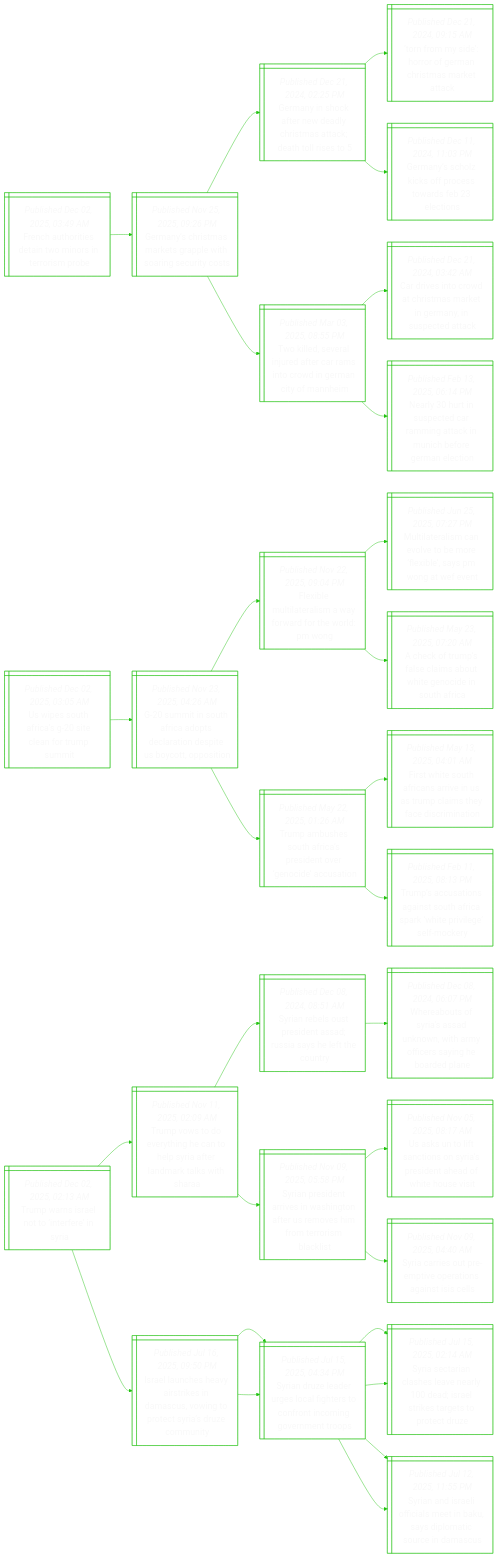
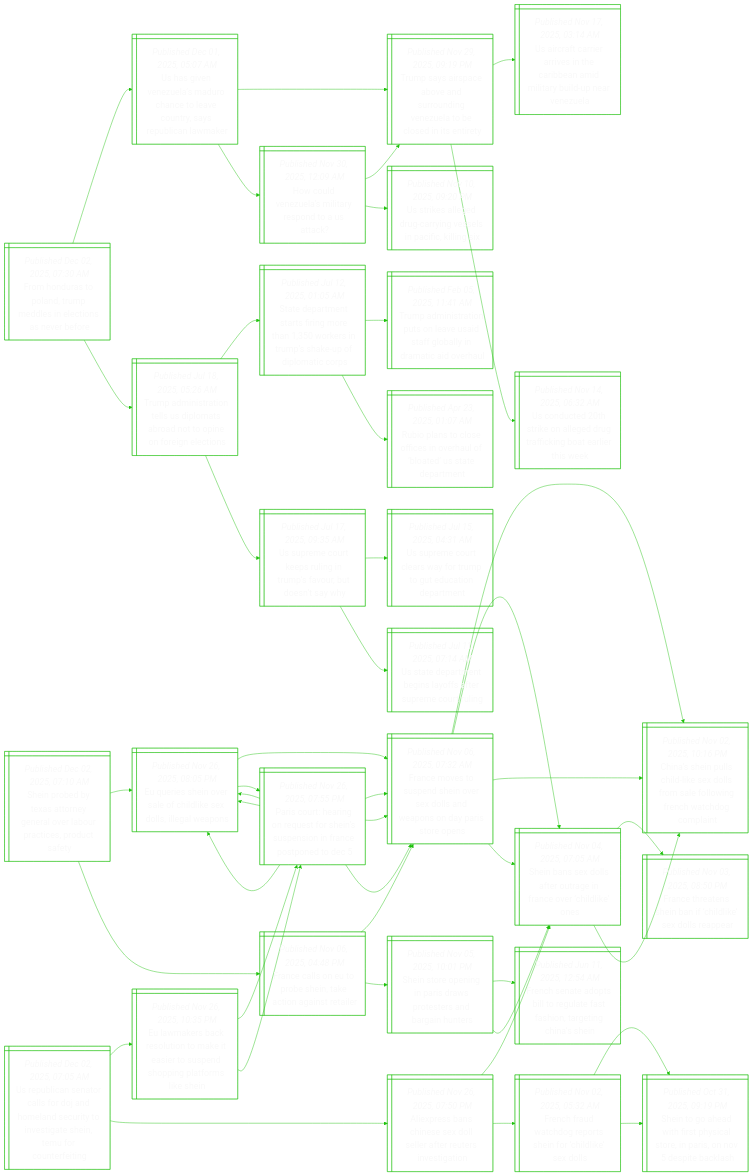
One commit to notJmes/notJmes changed the diagram in README.md. Above: the diagram before and after it, drawn with Mermaid. The commit also changed other lines of this file, not shown here.

````diff
--- a/README.md
+++ b/README.md
@@ -16,97 +16,142 @@
 flowchart LR
 classDef txtsize font-size:20px;
 
-Fhoeaoreio@{ shape: win-pane, label: "_Published Dec 02, 2025, 03:49 AM_
-French authorities detain two minors in terrorism probe" }
-Gnrakresnuc@{ shape: win-pane, label: "_Published Nov 25, 2025, 09:26 PM_
-Germany’s christmas markets grapple with soaring security costs" }
-Gnhfedraaale@{ shape: win-pane, label: "_Published Dec 21, 2024, 02:25 PM_
-Germany in shock after new deadly christmas attack; death toll rises to 5" }
-Trsoomrakt@{ shape: win-pane, label: "_Published Dec 21, 2024, 09:15 AM_
-‘torn from my side’: horror of german christmas market attack" }
-Gnhifcoslo@{ shape: win-pane, label: "_Published Dec 11, 2024, 11:03 PM_
-Germany’s scholz kicks off process towards feb 23 elections" }
-Tlelrtrirnaynm@{ shape: win-pane, label: "_Published Mar 03, 2025, 08:55 PM_
-Two killed, several injured after car rams into crowd in german city of mannheim" }
-CinoCtaimneak@{ shape: win-pane, label: "_Published Dec 21, 2024, 03:42 AM_
-Car drives into crowd at christmas market in germany, in suspected attack" }
-Nyipdagcubeac@{ shape: win-pane, label: "_Published Feb 13, 2025, 06:14 PM_
-Nearly 30 hurt in suspected car ramming attack in munich before german election" }
+FoaoTmelonbe@{ shape: win-pane, label: "_Published Dec 02, 2025, 07:30 AM_
+From honduras to poland, trump meddles in elections as never before" }
+UgVuMoceoyRllk@{ shape: win-pane, label: "_Published Dec 01, 2025, 05:07 AM_
+Us has given venezuela’s maduro chance to leave country, says republican lawmaker" }
+Tsicvsugztliee@{ shape: win-pane, label: "_Published Nov 29, 2025, 09:19 PM_
+Trump says airspace above and surrounding venezuela to be closed in its entirety" }
+Ucceinaeiiburz@{ shape: win-pane, label: "_Published Nov 17, 2025, 03:14 AM_
+Us aircraft carrier arrives in the caribbean amid military build-up near venezuela" }
+Uddrngufialhe@{ shape: win-pane, label: "_Published Nov 14, 2025, 06:32 AM_
+Us conducted 20th strike on alleged drug trafficking boat earlier this week" }
+Hunllyoat@{ shape: win-pane, label: "_Published Nov 30, 2025, 12:09 AM_
+How could venezuela’s military respond to a us attack?" }
+Tsicvsugztliee@{ shape: win-pane, label: "_Published Nov 29, 2025, 09:19 PM_
+Trump says airspace above and surrounding venezuela to be closed in its entirety" }
+Uildcisiiig@{ shape: win-pane, label: "_Published Nov 10, 2025, 09:20 PM_
+Us strikes alleged drug-carrying vessels in pacific, killing six" }
+TaiteSoadoerei@{ shape: win-pane, label: "_Published Jul 18, 2025, 05:26 AM_
+Trump administration tells us diplomats abroad not to opine on foreign elections" }
+SDtssnewrrsuiao@{ shape: win-pane, label: "_Published Jul 12, 2025, 01:05 AM_
+State department starts firing more than 1,350 workers in trump’s shake-up of diplomatic corps" }
+TaitulUsgldtdh@{ shape: win-pane, label: "_Published Feb 05, 2025, 11:41 AM_
+Trump administration puts on leave usaid staff globally in dramatic aid overhaul" }
+RptsinhftSDt@{ shape: win-pane, label: "_Published Apr 23, 2025, 01:07 AM_
+Rubio plans to close offices in overhaul of ‘bloated’ us state department" }
+Uroeuimvusy@{ shape: win-pane, label: "_Published Jul 17, 2025, 09:35 AM_
+Us supreme court keeps ruling in trump’s favour, but doesn’t say why" }
+UrolwrptaDt@{ shape: win-pane, label: "_Published Jul 15, 2025, 04:31 AM_
+Us supreme court clears way for trump to gut education department" }
+UtaniyaSmri@{ shape: win-pane, label: "_Published Jul 11, 2025, 07:14 AM_
+Us state department begins layoffs after supreme court ruling" }
 
-Fhoeaoreio:::txtsize --> Gnrakresnuc:::txtsize
-Gnrakresnuc:::txtsize --> Gnhfedraaale:::txtsize
-Gnhfedraaale:::txtsize --> Trsoomrakt:::txtsize
-Gnhfedraaale:::txtsize --> Gnhifcoslo:::txtsize
-Gnrakresnuc:::txtsize --> Tlelrtrirnaynm:::txtsize
-Tlelrtrirnaynm:::txtsize --> CinoCtaimneak:::txtsize
-Tlelrtrirnaynm:::txtsize --> Nyipdagcubeac:::txtsize
+FoaoTmelonbe:::txtsize --> UgVuMoceoyRllk:::txtsize
+UgVuMoceoyRllk:::txtsize --> Tsicvsugztliee:::txtsize
+Tsicvsugztliee:::txtsize --> Ucceinaeiiburz:::txtsize
+Tsicvsugztliee:::txtsize --> Uddrngufialhe:::txtsize
+UgVuMoceoyRllk:::txtsize --> Hunllyoat:::txtsize
+Hunllyoat:::txtsize --> Tsicvsugztliee:::txtsize
+Hunllyoat:::txtsize --> Uildcisiiig:::txtsize
+FoaoTmelonbe:::txtsize --> TaiteSoadoerei:::txtsize
+TaiteSoadoerei:::txtsize --> SDtssnewrrsuiao:::txtsize
+SDtssnewrrsuiao:::txtsize --> TaitulUsgldtdh:::txtsize
+SDtssnewrrsuiao:::txtsize --> RptsinhftSDt:::txtsize
+TaiteSoadoerei:::txtsize --> Uroeuimvusy:::txtsize
+Uroeuimvusy:::txtsize --> UrolwrptaDt:::txtsize
+Uroeuimvusy:::txtsize --> UtaniyaSmri:::txtsize
 
-Uetislomm@{ shape: win-pane, label: "_Published Dec 02, 2025, 03:05 AM_
-Us wipes south africa’s g-20 site clean for trump summit" }
-GiofasaopSopi@{ shape: win-pane, label: "_Published Nov 23, 2025, 04:26 AM_
-G-20 summit in south africa adopts declaration despite us boycott, opposition" }
-FbltiawowPg@{ shape: win-pane, label: "_Published Nov 22, 2025, 09:04 PM_
-Flexible multilateralism a way forward for the world: pm wong" }
-MlacoorxsMae@{ shape: win-pane, label: "_Published Jun 25, 2025, 07:27 PM_
-Multilateralism can evolve to be more ‘flexible’, says pm wong at wef event" }
-AkualawgiSAa@{ shape: win-pane, label: "_Published May 23, 2025, 07:20 AM_
-A check of trump’s false claims about white genocide in south africa" }
-Tahurpdvnesn@{ shape: win-pane, label: "_Published May 22, 2025, 01:26 AM_
-Trump ambushes south africa’s president over ‘genocide’ accusation" }
-FwSAarnTcsfimi@{ shape: win-pane, label: "_Published May 13, 2025, 04:01 AM_
-First white south africans arrive in us as trump claims they face discrimination" }
-Tssniofswplec@{ shape: win-pane, label: "_Published Feb 11, 2025, 08:13 PM_
-Trump’s accusations against south africa spark ‘white privilege’ self-mockery" }
+Spdxtyreoaeda@{ shape: win-pane, label: "_Published Dec 02, 2025, 07:10 AM_
+Shein probed by texas attorney general over labour practices, product safety" }
+Erhvlhixsga@{ shape: win-pane, label: "_Published Nov 26, 2025, 08:05 PM_
+Eu queries shein over sale of childlike sex dolls, illegal weapons" }
+FessSoelwnairn@{ shape: win-pane, label: "_Published Nov 06, 2025, 07:32 AM_
+France moves to suspend shein over sex dolls and weapons on day paris store opens" }
+CsnsdsloeoFhhoi@{ shape: win-pane, label: "_Published Nov 02, 2025, 10:16 PM_
+China’s shein pulls child-like sex dolls from sale following french watchdog complaint" }
+Sbelerncrdo@{ shape: win-pane, label: "_Published Nov 04, 2025, 07:05 AM_
+Shein bans sex dolls after outrage in france over ‘childlike’ ones" }
+PcHnethsninsee@{ shape: win-pane, label: "_Published Nov 26, 2025, 07:55 PM_
+Paris court: hearing on request for shein’s suspension in france postponed to dec 5" }
+FessSoelwnairn@{ shape: win-pane, label: "_Published Nov 06, 2025, 07:32 AM_
+France moves to suspend shein over sex dolls and weapons on day paris store opens" }
+Erhvlhixsga@{ shape: win-pane, label: "_Published Nov 26, 2025, 08:05 PM_
+Eu queries shein over sale of childlike sex dolls, illegal weapons" }
+Festbieoiee@{ shape: win-pane, label: "_Published Nov 06, 2025, 04:48 PM_
+France calls on eu to probe shein, take action against retailer" }
+FessSoelwnairn@{ shape: win-pane, label: "_Published Nov 06, 2025, 07:32 AM_
+France moves to suspend shein over sex dolls and weapons on day paris store opens" }
+CsnsdsloeoFhhoi@{ shape: win-pane, label: "_Published Nov 02, 2025, 10:16 PM_
+China’s shein pulls child-like sex dolls from sale following french watchdog complaint" }
+Sbelerncrdo@{ shape: win-pane, label: "_Published Nov 04, 2025, 07:05 AM_
+Shein bans sex dolls after outrage in france over ‘childlike’ ones" }
+Ssonarrtngus@{ shape: win-pane, label: "_Published Nov 05, 2025, 10:01 PM_
+Shein store opening in paris draws protesters and bargain hunters" }
+Fhtplettirnne@{ shape: win-pane, label: "_Published Jun 11, 2025, 12:54 AM_
+French senate adopts bill to regulate fast fashion, targeting china’s shein" }
+Sbelerncrdo@{ shape: win-pane, label: "_Published Nov 04, 2025, 07:05 AM_
+Shein bans sex dolls after outrage in france over ‘childlike’ ones" }
 
-Uetislomm:::txtsize --> GiofasaopSopi:::txtsize
-GiofasaopSopi:::txtsize --> FbltiawowPg:::txtsize
-FbltiawowPg:::txtsize --> MlacoorxsMae:::txtsize
-FbltiawowPg:::txtsize --> AkualawgiSAa:::txtsize
-GiofasaopSopi:::txtsize --> Tahurpdvnesn:::txtsize
-Tahurpdvnesn:::txtsize --> FwSAarnTcsfimi:::txtsize
-Tahurpdvnesn:::txtsize --> Tssniofswplec:::txtsize
+Spdxtyreoaeda:::txtsize --> Erhvlhixsga:::txtsize
+Erhvlhixsga:::txtsize --> FessSoelwnairn:::txtsize
+FessSoelwnairn:::txtsize --> CsnsdsloeoFhhoi:::txtsize
+FessSoelwnairn:::txtsize --> Sbelerncrdo:::txtsize
+Erhvlhixsga:::txtsize --> PcHnethsninsee:::txtsize
+PcHnethsninsee:::txtsize --> FessSoelwnairn:::txtsize
+PcHnethsninsee:::txtsize --> Erhvlhixsga:::txtsize
+Spdxtyreoaeda:::txtsize --> Festbieoiee:::txtsize
+Festbieoiee:::txtsize --> FessSoelwnairn:::txtsize
+FessSoelwnairn:::txtsize --> CsnsdsloeoFhhoi:::txtsize
+FessSoelwnairn:::txtsize --> Sbelerncrdo:::txtsize
+Festbieoiee:::txtsize --> Ssonarrtngus:::txtsize
+Ssonarrtngus:::txtsize --> Fhtplettirnne:::txtsize
+Ssonarrtngus:::txtsize --> Sbelerncrdo:::txtsize
 
-TwIlorii@{ shape: win-pane, label: "_Published Dec 02, 2025, 02:13 AM_
-Trump warns israel not to ‘interfere’ in syria" }
-Tvoeichyfarkha@{ shape: win-pane, label: "_Published Nov 11, 2025, 02:09 AM_
-Trump vows to do everything he can to help syria after landmark talks with sharaa" }
-SnltiARahtoy@{ shape: win-pane, label: "_Published Dec 08, 2024, 08:51 AM_
-Syrian rebels oust president assad; russia says he left the country" }
-Wasrsnnafriben@{ shape: win-pane, label: "_Published Dec 08, 2024, 06:07 PM_
-Whereabouts of syria's assad unknown, with army officers saying he boarded plane" }
-SniaeagfSvmtrli@{ shape: win-pane, label: "_Published Nov 09, 2025, 05:58 PM_
-Syrian president arrives in washington after us removes him from terrorism blacklist" }
-UslaoSsiaotsi@{ shape: win-pane, label: "_Published Nov 05, 2025, 08:17 AM_
-Us asks un to lift sanctions on syria’s president ahead of white house visit" }
-SceppotasSs@{ shape: win-pane, label: "_Published Nov 09, 2025, 04:40 AM_
-Syria carries out pre-emptive operations against isis cells" }
-IlceiinsottyDcn@{ shape: win-pane, label: "_Published Jul 16, 2025, 09:50 PM_
-Israel launches heavy airstrikes in damascus, vowing to protect syria’s druze community" }
-Sneeeahtfiiveo@{ shape: win-pane, label: "_Published Jul 15, 2025, 04:34 PM_
-Syrian druze leader urges local fighters to confront incoming government troops" }
-SsrlseldeiasoD@{ shape: win-pane, label: "_Published Jul 15, 2025, 02:14 AM_
-Syria sectarian clashes leave nearly 100 dead; israel strikes targets to protect druze" }
-Snsicmnsiaoia@{ shape: win-pane, label: "_Published Jul 12, 2025, 11:55 PM_
-Syrian and israeli officials meet in baku, says diplomatic source in damascus" }
-Sneeeahtfiiveo@{ shape: win-pane, label: "_Published Jul 15, 2025, 04:34 PM_
-Syrian druze leader urges local fighters to confront incoming government troops" }
-SsrlseldeiasoD@{ shape: win-pane, label: "_Published Jul 15, 2025, 02:14 AM_
-Syria sectarian clashes leave nearly 100 dead; israel strikes targets to protect druze" }
-Snsicmnsiaoia@{ shape: win-pane, label: "_Published Jul 12, 2025, 11:55 PM_
-Syrian and israeli officials meet in baku, says diplomatic source in damascus" }
+Uuaaaoamdrostiuori@{ shape: win-pane, label: "_Published Dec 02, 2025, 07:05 AM_
+Us republican senator calls for doj and homeland security to investigate shein, temu for counterfeiting" }
+Emsrutesoeogflh@{ shape: win-pane, label: "_Published Nov 26, 2025, 10:35 PM_
+Eu lawmakers back resolution to make it easier to suspend shopping platforms like shein" }
+PcHnethsninsee@{ shape: win-pane, label: "_Published Nov 26, 2025, 07:55 PM_
+Paris court: hearing on request for shein’s suspension in france postponed to dec 5" }
+FessSoelwnairn@{ shape: win-pane, label: "_Published Nov 06, 2025, 07:32 AM_
+France moves to suspend shein over sex dolls and weapons on day paris store opens" }
+Erhvlhixsga@{ shape: win-pane, label: "_Published Nov 26, 2025, 08:05 PM_
+Eu queries shein over sale of childlike sex dolls, illegal weapons" }
+PcHnethsninsee@{ shape: win-pane, label: "_Published Nov 26, 2025, 07:55 PM_
+Paris court: hearing on request for shein’s suspension in france postponed to dec 5" }
+FessSoelwnairn@{ shape: win-pane, label: "_Published Nov 06, 2025, 07:32 AM_
+France moves to suspend shein over sex dolls and weapons on day paris store opens" }
+Erhvlhixsga@{ shape: win-pane, label: "_Published Nov 26, 2025, 08:05 PM_
+Eu queries shein over sale of childlike sex dolls, illegal weapons" }
+Apbheolfesst@{ shape: win-pane, label: "_Published Nov 26, 2025, 07:50 PM_
+Aliexpress bans chinese sex doll seller after reuters investigation" }
+Sbelerncrdo@{ shape: win-pane, label: "_Published Nov 04, 2025, 07:05 AM_
+Shein bans sex dolls after outrage in france over ‘childlike’ ones" }
+FeaSbclelp@{ shape: win-pane, label: "_Published Nov 03, 2025, 08:50 PM_
+France threatens shein ban if ‘childlike’ sex dolls reappear" }
+CsnsdsloeoFhhoi@{ shape: win-pane, label: "_Published Nov 02, 2025, 10:16 PM_
+China’s shein pulls child-like sex dolls from sale following french watchdog complaint" }
+Fhdhesnhixs@{ shape: win-pane, label: "_Published Nov 02, 2025, 05:32 AM_
+French fraud watchdog reports shein for ‘childlike’ sex dolls" }
+SthirylerNsba@{ shape: win-pane, label: "_Published Oct 31, 2025, 09:19 PM_
+Shein to go ahead with first physical store, in paris, on nov 5 despite backlash" }
+SthirylerNsba@{ shape: win-pane, label: "_Published Oct 31, 2025, 09:19 PM_
+Shein to go ahead with first physical store, in paris, on nov 5 despite backlash" }
 
-TwIlorii:::txtsize --> Tvoeichyfarkha:::txtsize
-Tvoeichyfarkha:::txtsize --> SnltiARahtoy:::txtsize
-SnltiARahtoy:::txtsize --> Wasrsnnafriben:::txtsize
-Tvoeichyfarkha:::txtsize --> SniaeagfSvmtrli:::txtsize
-SniaeagfSvmtrli:::txtsize --> UslaoSsiaotsi:::txtsize
-SniaeagfSvmtrli:::txtsize --> SceppotasSs:::txtsize
-TwIlorii:::txtsize --> IlceiinsottyDcn:::txtsize
-IlceiinsottyDcn:::txtsize --> Sneeeahtfiiveo:::txtsize
-Sneeeahtfiiveo:::txtsize --> SsrlseldeiasoD:::txtsize
-Sneeeahtfiiveo:::txtsize --> Snsicmnsiaoia:::txtsize
-IlceiinsottyDcn:::txtsize --> Sneeeahtfiiveo:::txtsize
-Sneeeahtfiiveo:::txtsize --> SsrlseldeiasoD:::txtsize
-Sneeeahtfiiveo:::txtsize --> Snsicmnsiaoia:::txtsize
+Uuaaaoamdrostiuori:::txtsize --> Emsrutesoeogflh:::txtsize
+Emsrutesoeogflh:::txtsize --> PcHnethsninsee:::txtsize
+PcHnethsninsee:::txtsize --> FessSoelwnairn:::txtsize
+PcHnethsninsee:::txtsize --> Erhvlhixsga:::txtsize
+Emsrutesoeogflh:::txtsize --> PcHnethsninsee:::txtsize
+PcHnethsninsee:::txtsize --> FessSoelwnairn:::txtsize
+PcHnethsninsee:::txtsize --> Erhvlhixsga:::txtsize
+Uuaaaoamdrostiuori:::txtsize --> Apbheolfesst:::txtsize
+Apbheolfesst:::txtsize --> Sbelerncrdo:::txtsize
+Sbelerncrdo:::txtsize --> FeaSbclelp:::txtsize
+Sbelerncrdo:::txtsize --> CsnsdsloeoFhhoi:::txtsize
+Apbheolfesst:::txtsize --> Fhdhesnhixs:::txtsize
+Fhdhesnhixs:::txtsize --> SthirylerNsba:::txtsize
+Fhdhesnhixs:::txtsize --> SthirylerNsba:::txtsize
 
 ```
````
